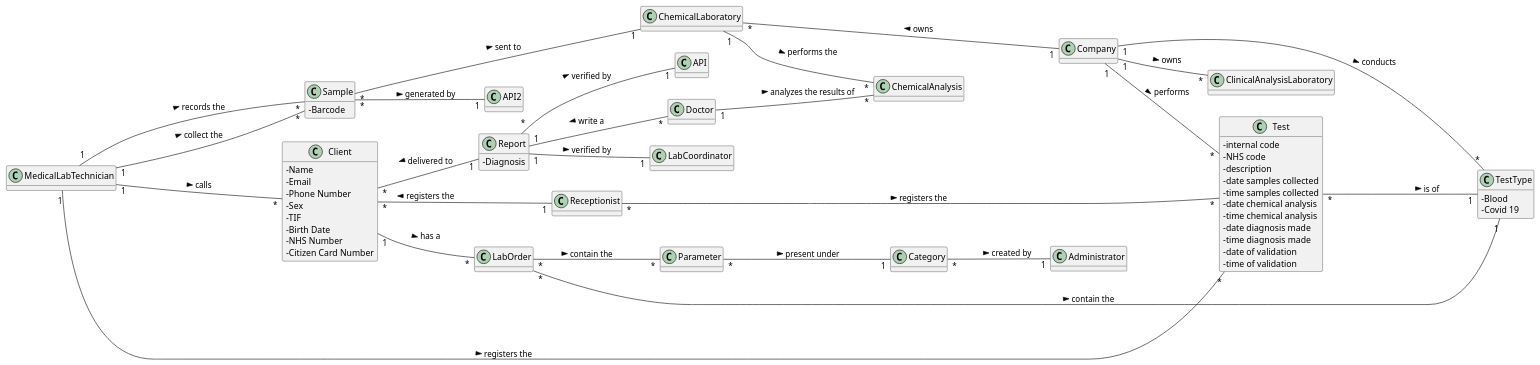
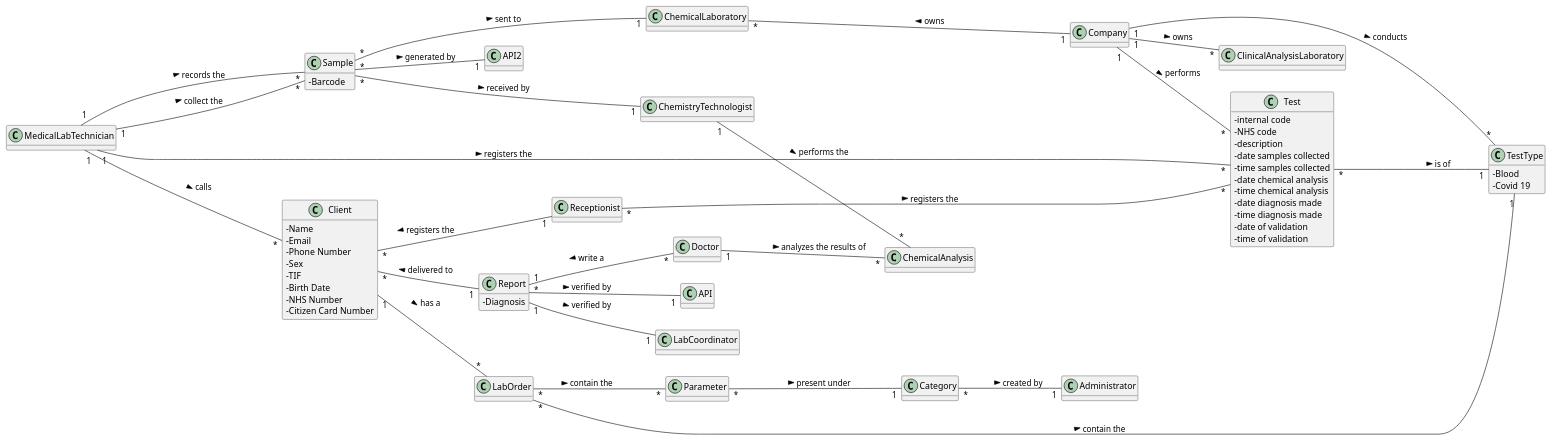
Before and after one commit to manu-07-ela/LAPR2_ISEP: the diagram in docs/SprintA/DM.puml, drawn with PlantUML.

Commit message:
DM update

```diff
--- a/docs/SprintA/DM.puml
+++ b/docs/SprintA/DM.puml
@@ -1,122 +1,126 @@
 @startuml
 'https://plantuml.com/class-diagram
 
 hide methods
 left to right direction
 skinparam classAttributeIconSize 0
 
 class Company {
 
 }
 
 class Receptionist {
 
 }
 
 class Client {
  - Name
  - Email
  - Phone Number
  - Sex
  - TIF
  - Birth Date
  - NHS Number
  - Citizen Card Number
 
+}
+
+class ChemistryTechnologist{
 }
 
 class Doctor {
 
 }
 
 class Administrator{
 
 }
 class LabCoordinator{
 }
 
 
 class LabOrder {
 
 }
 
 class Category {
 
 }
 
 class TestType {
 - Blood
 - Covid 19
 }
 
 class Sample {
 - Barcode
 }
 
 class ChemicalLaboratory{
 
 }
 
 class Report {
 -Diagnosis
 
 }
 
 class Test {
 - internal code
 - NHS code
 - description
 - date samples collected
 - time samples collected
 - date chemical analysis
 - time chemical analysis
 - date diagnosis made
 - time diagnosis made
 - date of validation
 - time of validation
 }
 class Parameter {
 
 
 }
 
 
 class MedicalLabTechnician {
 
 }
 
 class ChemicalAnalysis {
 
 }
 
 class ClinicalAnalysisLaboratory{
 
 }
 
 ChemicalLaboratory "*" --- "1" Company: owns <
 Company "1" -- "*" ClinicalAnalysisLaboratory: owns >
 Company "1" -- "*" Test: performs >
 Company "1" -- "*" TestType: conducts >
 Test "*" --- "1" TestType: is of >
 Receptionist "*" -- "*" Test: registers the >
 LabOrder "*" ------ "1" TestType: contain the >
 MedicalLabTechnician "1" -- "*" Test: registers the >
 Client "1" -- "*" LabOrder: has a >
 LabOrder "*" -- "*" Parameter: contain the >
 Client "*" -- "1" Receptionist: registers the <
 MedicalLabTechnician "1" --- "*" Client: calls >
 Client "*" -- "1" Report: delivered to <
 Report "1" -- "*" Doctor: write a <
 Report "*" -- "1" API: verified by >
 Report "1" -- "1" LabCoordinator : verified by >
 Parameter "*" -- "1" Category: present under >
 Category "*" -- "1" Administrator: created by >
 Doctor "1" -- "*" ChemicalAnalysis: analyzes the results of >
-ChemicalLaboratory "1" -- "*" ChemicalAnalysis: performs the >
+ChemistryTechnologist "1" -- "*" ChemicalAnalysis: performs the >
 MedicalLabTechnician "1" -- "*" Sample: records the >
 MedicalLabTechnician "1" ---- "*" Sample: collect the >
 Sample "*" -- "1" API2: generated by >
 Sample "*" --- "1" ChemicalLaboratory: sent to >
+Sample "*" --- "1" ChemistryTechnologist: received by >
 
 
 @enduml
```
